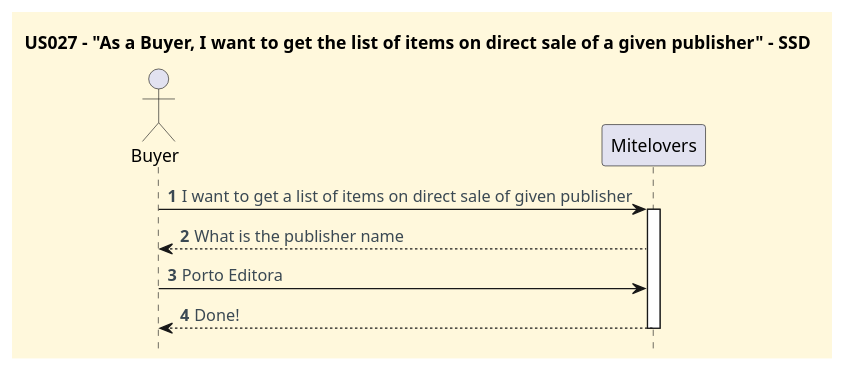
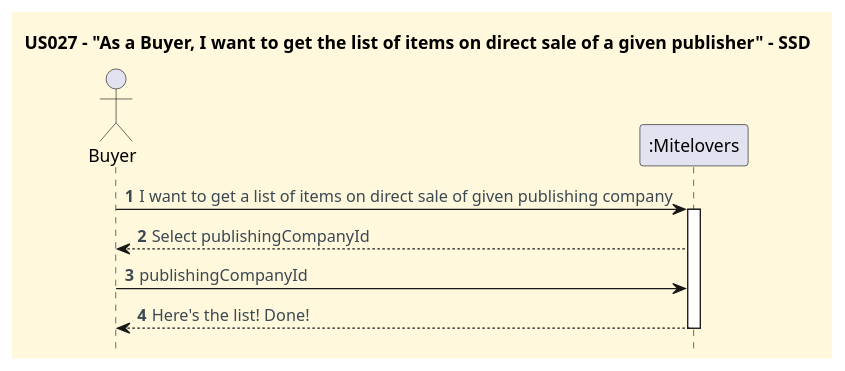
Before and after one commit to CarolinaLeite-collab/JavaMarketplacePlatform: the diagram in docs/user-stories/US027/US027_get_list_of_items_on_direct_sale_of_publisher_SSD.puml, drawn with PlantUML. The commit also changed 2 other files, not shown here.

Commit message:
docs: updates SSD, SD and CD concerning GetItemsOnDirectSaleOfAGivenPublishingCompanyController according to DDD, refs #572

```diff
--- a/docs/user-stories/US027/US027_get_list_of_items_on_direct_sale_of_publisher_SSD.puml
+++ b/docs/user-stories/US027/US027_get_list_of_items_on_direct_sale_of_publisher_SSD.puml
@@ -1,31 +1,31 @@
 @startuml
 title US027 – "As a Buyer, I want to get the list of items on direct sale of a given publisher" - SSD
 hidefootbox
 
 '==== basic style ====
 skinparam monochrome false
 skinparam shadowing false
 skinparam defaultFontName Futura
 skinparam objectFontSize 20
 skinparam backgroundColor CornSilk
 skinparam objectBackgroundColor WhiteSmoke
 skinparam noteBackgroundColor #FFFFE0
 skinparam ArrowFontColor #3B4953
 skinparam ActivationBackgroundColor black
 
 autonumber
 autoactivate off
 
 ' --- Actor and participants ---
 actor Buyer
-participant "Mitelovers" as System
+participant ":Mitelovers" as System
 
 ' --- System dialog ---
-Buyer -> System: I want to get a list of items on direct sale of given publisher
+Buyer -> System: I want to get a list of items on direct sale of given publishing company
 activate "System"
-System --> Buyer: What is the publisher name
-Buyer -> System: Porto Editora
-System --> Buyer: Done!
+System --> Buyer: Select publishingCompanyId
+Buyer -> System: publishingCompanyId
+System --> Buyer: Here's the list! Done!
 deactivate "System"
 
 @enduml
```
